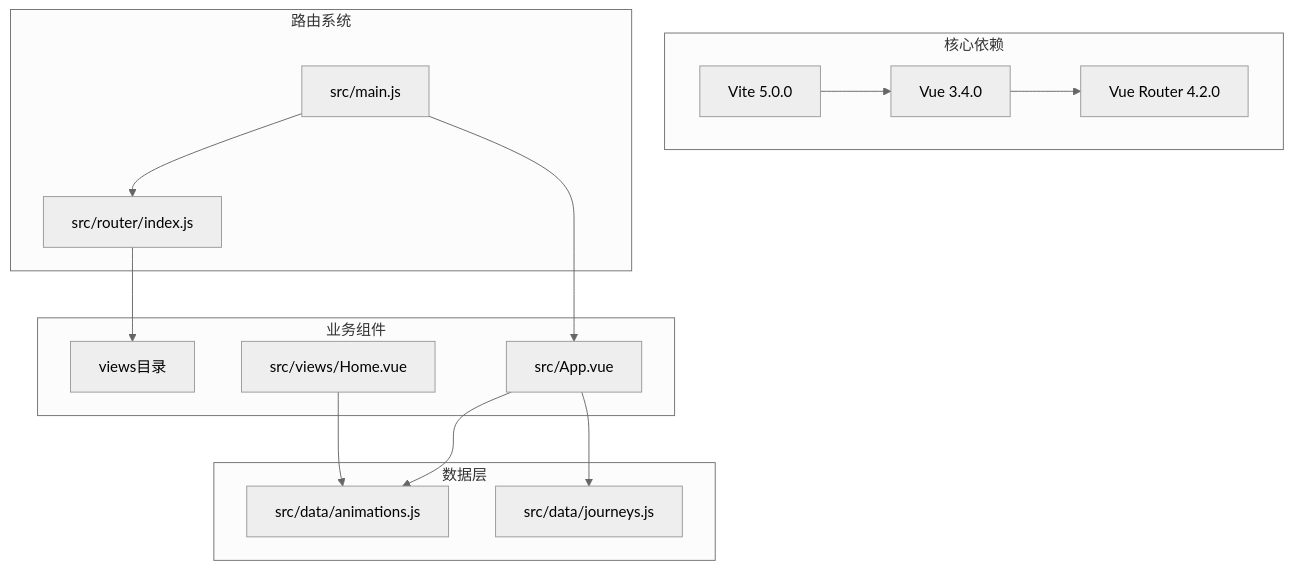
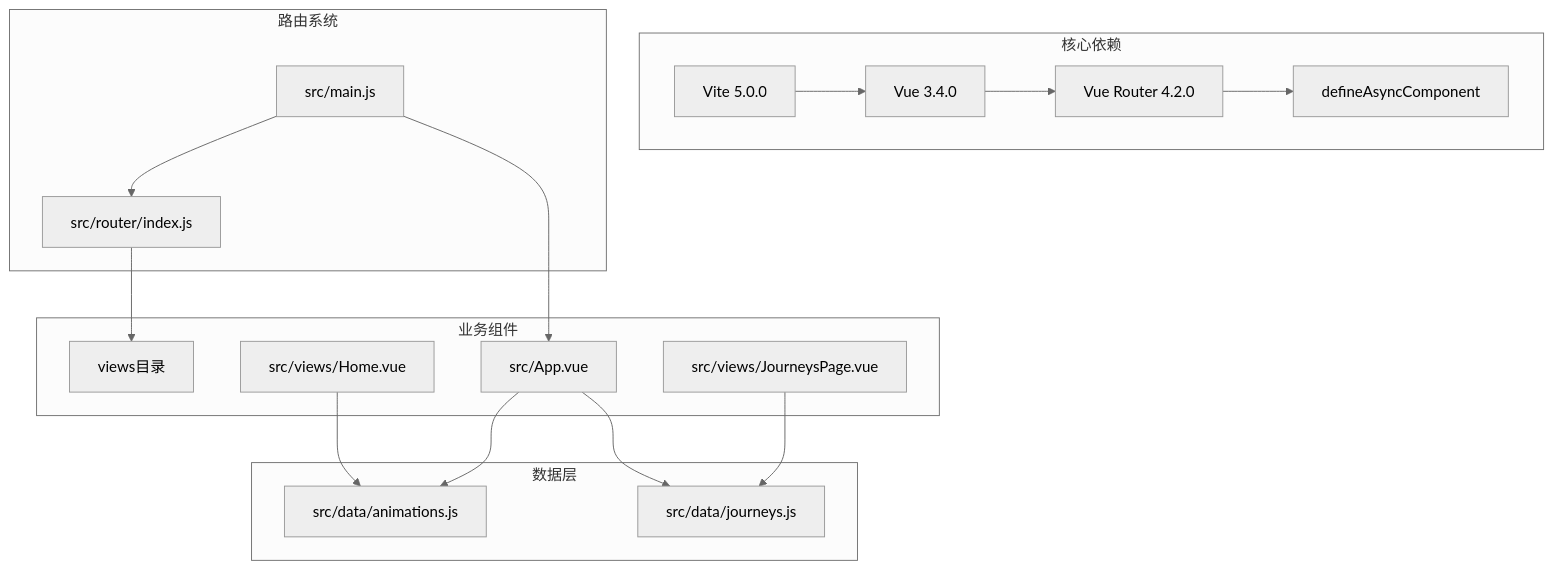
The ninth of 10 diagrams in .qoder/repowiki/zh/content/路由系统更新.md (yuyezhizhi/yuyezhizhi.github.io), drawn with Mermaid (neutral theme) before and after one commit. The commit also changed other lines of this file and 9 other files, not shown here.

````diff
--- a/.qoder/repowiki/zh/content/路由系统更新.md
+++ b/.qoder/repowiki/zh/content/路由系统更新.md
@@ -302,29 +362,33 @@
 ```mermaid
 graph TB
 subgraph "核心依赖"
 Vue[Vue 3.4.0]
 VueRouter[Vue Router 4.2.0]
 Vite[Vite 5.0.0]
+DefineAsyncComponent[defineAsyncComponent]
 end
 subgraph "路由系统"
 RouterIndex[src/router/index.js]
 MainEntry[src/main.js]
 end
 subgraph "业务组件"
 AppVue[src/App.vue]
 HomeVue[src/views/Home.vue]
 Views[views目录]
+JourneysPageVue[src/views/JourneysPage.vue]
 end
 subgraph "数据层"
 AnimationsJS[src/data/animations.js]
 JourneysJS[src/data/journeys.js]
 end
 Vue --> VueRouter
+VueRouter --> DefineAsyncComponent
 Vite --> Vue
 MainEntry --> RouterIndex
 MainEntry --> AppVue
 RouterIndex --> Views
 AppVue --> AnimationsJS
 AppVue --> JourneysJS
 HomeVue --> AnimationsJS
+JourneysPageVue --> JourneysJS
 ```
````
